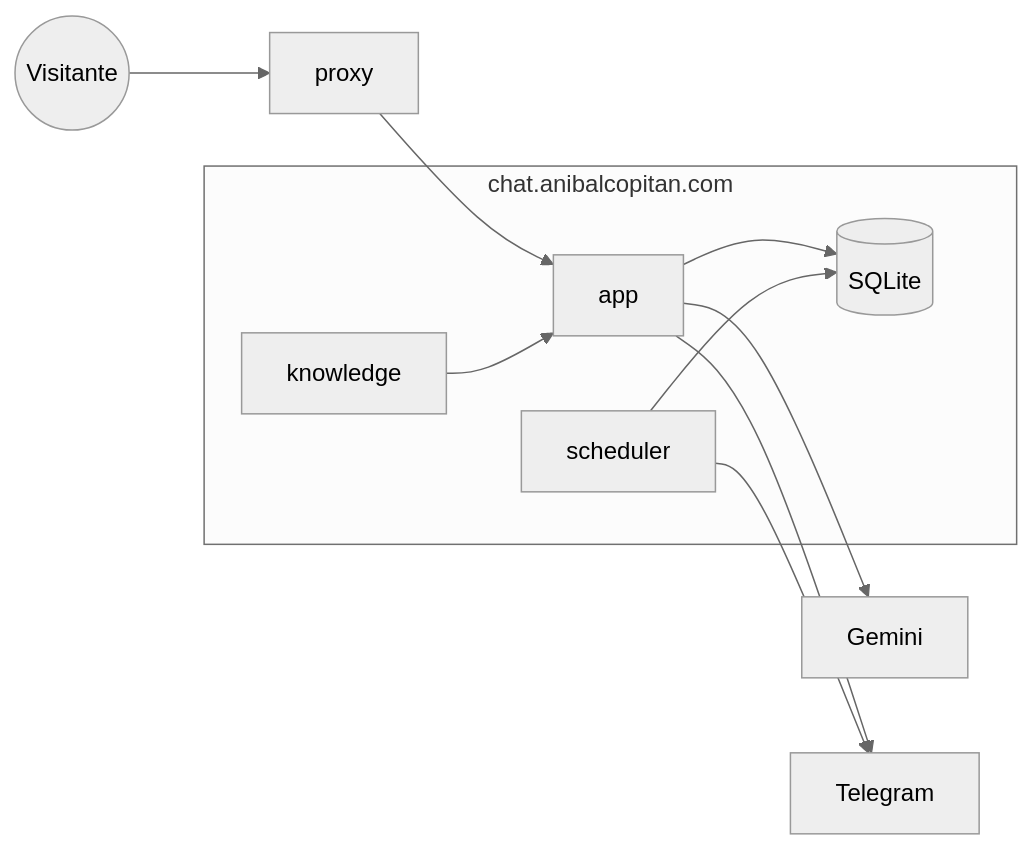
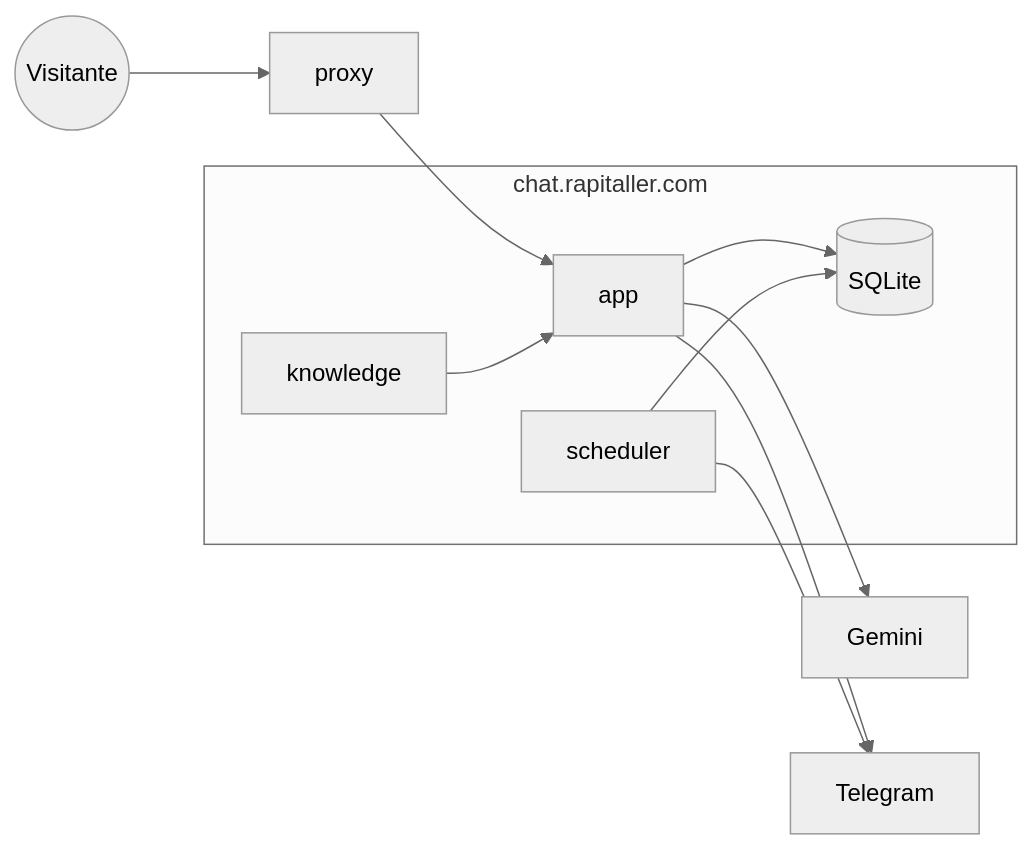
The first of 2 diagrams in ARQUITECTURA.md (enlacee/cerebro-os), drawn with Mermaid (neutral theme) before and after one commit. The commit also changed other lines of this file and 128 other files, not shown here.

First line of the commit message:
refactor: chat.rapitaller.com queda como instancia única

````diff
--- a/ARQUITECTURA.md
+++ b/ARQUITECTURA.md
@@ -7,19 +7,19 @@
 ```mermaid
 flowchart LR
     U((Visitante)) --> P[proxy]
 
-    subgraph chat.anibalcopitan.com
+    subgraph chat.rapitaller.com
         A[app]
         S[scheduler]
         D[(SQLite)]
         K[knowledge]
     end
 
     P --> A
     A --> D
     S --> D
     K --> A
     A --> G[Gemini]
     A --> T[Telegram]
     S --> T
 ```
````
